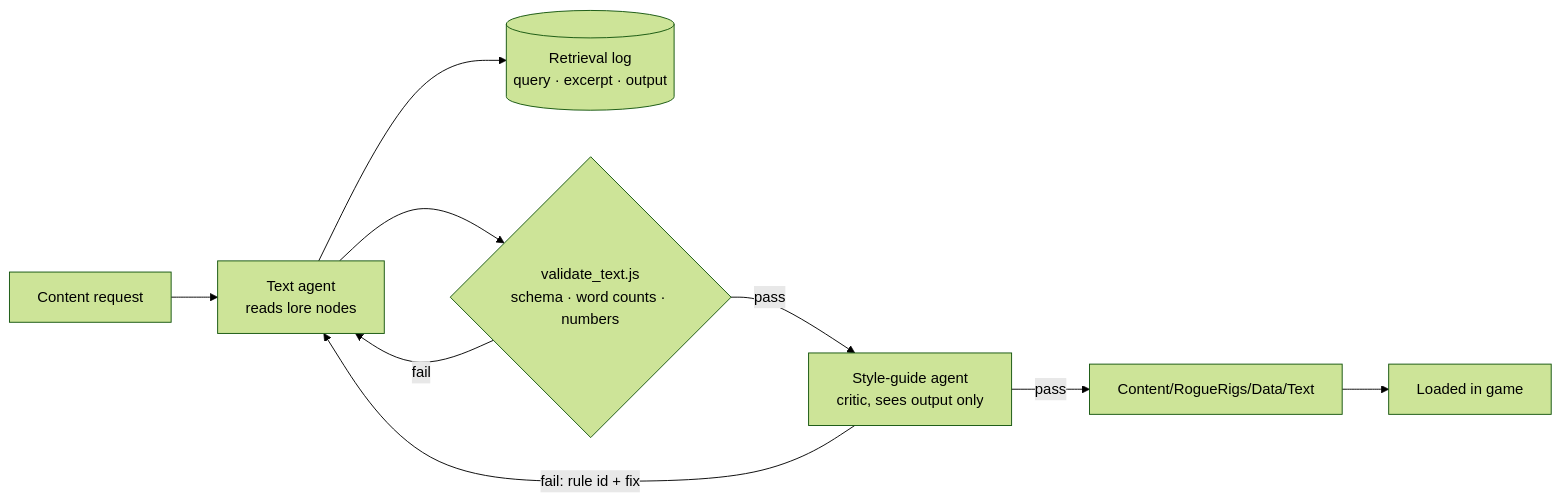
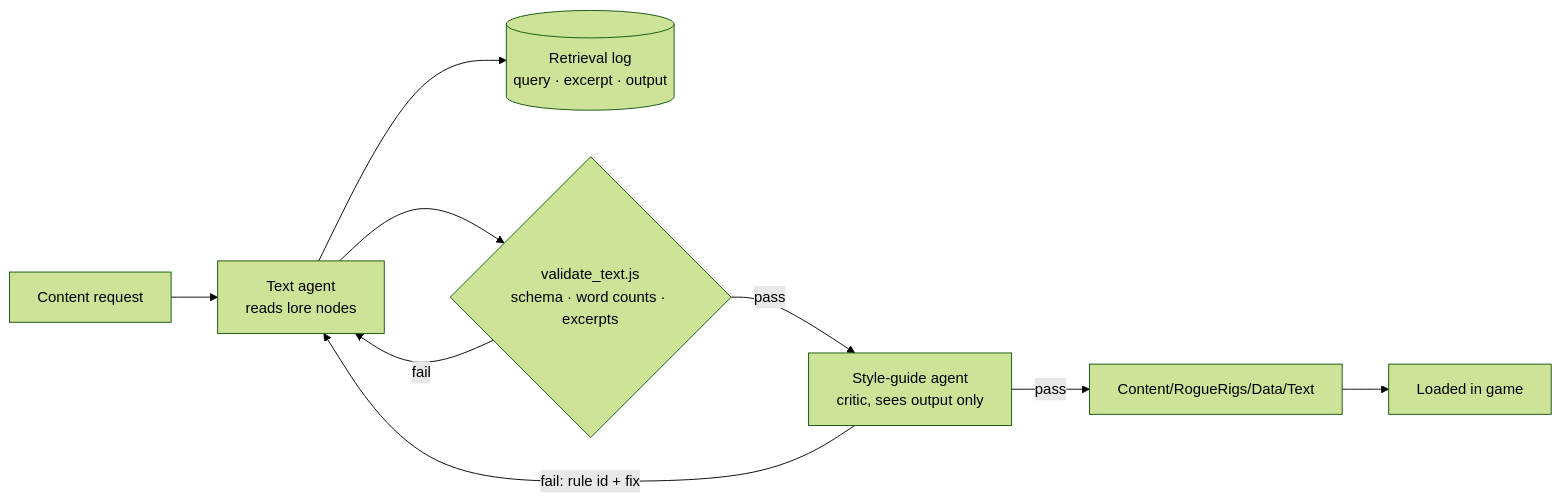
Before and after one commit to soumois/RogueRigs: the second of 2 diagrams in assignments/A4-dynamic-content-pipeline/README.md, drawn with Mermaid (forest theme). The commit also changed other lines of this file and 2 other files, not shown here.

````diff
--- a/assignments/A4-dynamic-content-pipeline/README.md
+++ b/assignments/A4-dynamic-content-pipeline/README.md
@@ -71,11 +74,11 @@
 ```mermaid
 flowchart LR
     R[Content request] --> T[Text agent<br/>reads lore nodes]
     T --> L[(Retrieval log<br/>query · excerpt · output)]
-    T --> V{validate_text.js<br/>schema · word counts · numbers}
+    T --> V{validate_text.js<br/>schema · word counts · excerpts}
     V -- fail --> T
     V -- pass --> C[Style-guide agent<br/>critic, sees output only]
     C -- fail: rule id + fix --> T
     C -- pass --> G[Content/RogueRigs/Data/Text]
     G --> E[Loaded in game]
 ```
````
